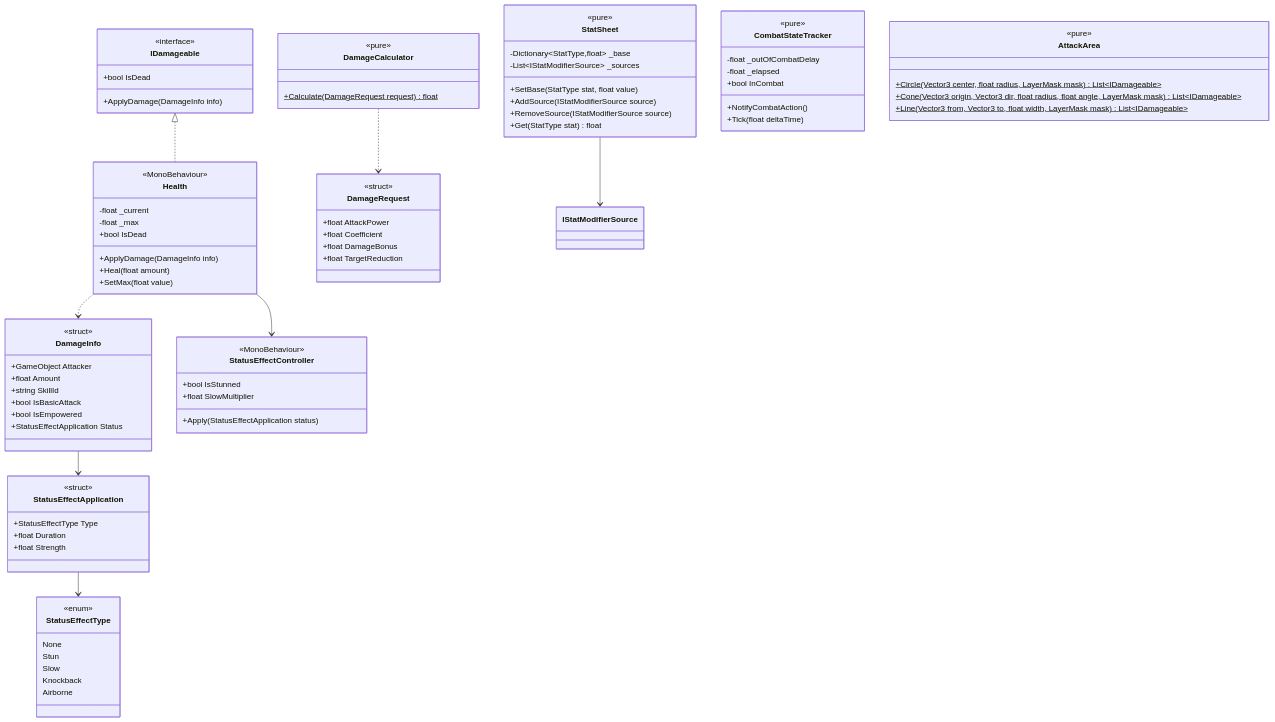
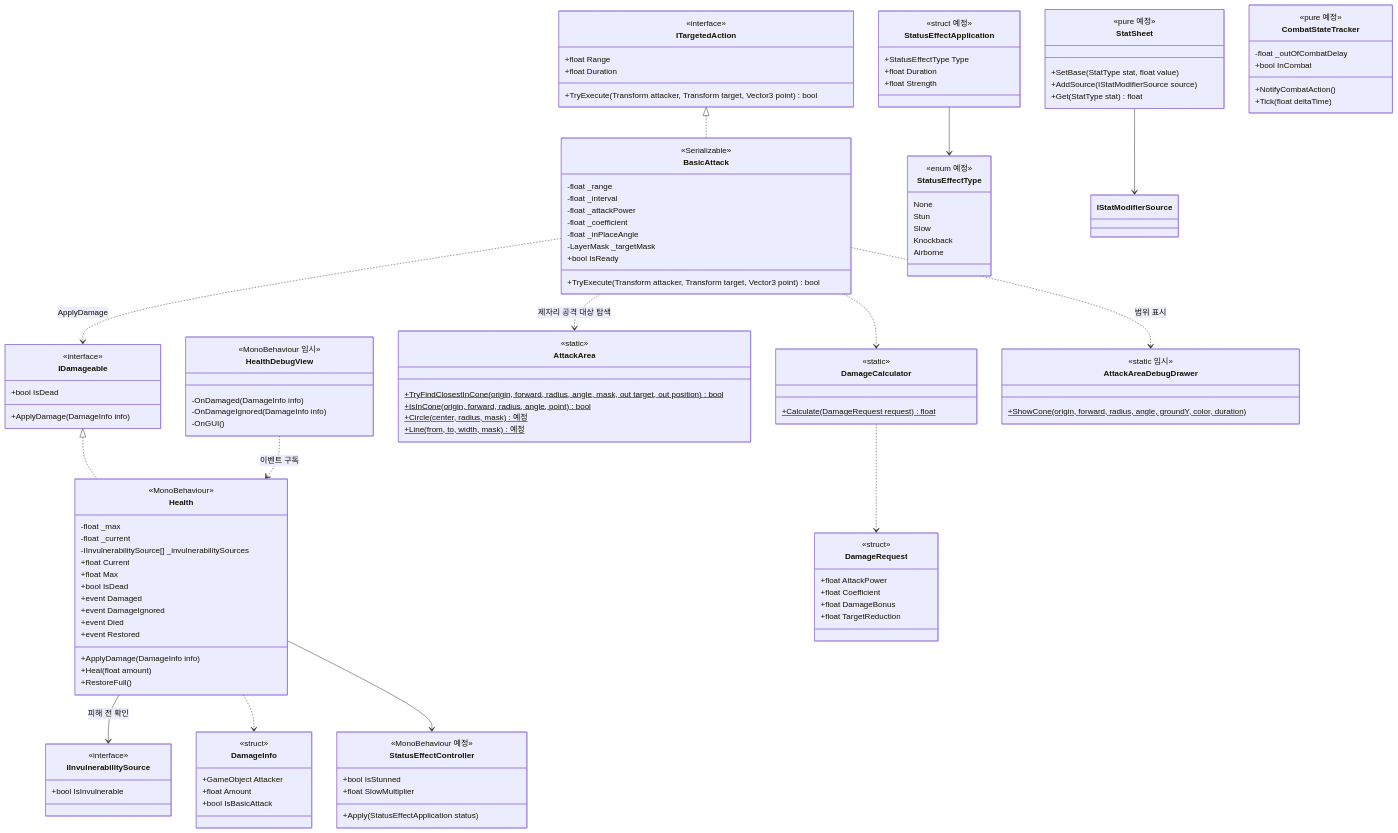
The fourth of 17 diagrams in Docs/ClassDiagram.md (lwy0810/BROKEN-SOVEREIGN), drawn with Mermaid before and after one commit. The commit also changed other lines of this file and 1 other file, not shown here.

First line of the commit message:
[Docs] 클래스 다이어그램 v0.3 및 조작 설명 갱신

````diff
--- a/Docs/ClassDiagram.md
+++ b/Docs/ClassDiagram.md
@@ -208,26 +262,34 @@
 classDiagram
     class IDamageable {
         <<interface>>
+        +bool IsDead
         +ApplyDamage(DamageInfo info)
-        +bool IsDead
     }
     class Health {
         <<MonoBehaviour>>
+        -float _max
         -float _current
-        -float _max
+        -IInvulnerabilitySource[] _invulnerabilitySources
+        +float Current
+        +float Max
+        +bool IsDead
         +ApplyDamage(DamageInfo info)
         +Heal(float amount)
-        +SetMax(float value)
-        +bool IsDead
+        +RestoreFull()
+        +event Damaged
+        +event DamageIgnored
+        +event Died
+        +event Restored
+    }
+    class IInvulnerabilitySource {
+        <<interface>>
+        +bool IsInvulnerable
     }
     class DamageInfo {
         <<struct>>
         +GameObject Attacker
         +float Amount
-        +string SkillId
         +bool IsBasicAttack
-        +bool IsEmpowered
-        +StatusEffectApplication Status
     }
     class DamageRequest {
         <<struct>>
@@ -237,32 +299,63 @@
         +float TargetReduction
     }
     class DamageCalculator {
-        <<pure>>
+        <<static>>
         +Calculate(DamageRequest request)$ float
     }
+    class ITargetedAction {
+        <<interface>>
+        +float Range
+        +float Duration
+        +TryExecute(Transform attacker, Transform target, Vector3 point) bool
+    }
+    class BasicAttack {
+        <<Serializable>>
+        -float _range
+        -float _interval
+        -float _attackPower
+        -float _coefficient
+        -float _inPlaceAngle
+        -LayerMask _targetMask
+        +bool IsReady
+        +TryExecute(Transform attacker, Transform target, Vector3 point) bool
+    }
+    class AttackArea {
+        <<static>>
+        +TryFindClosestInCone(origin, forward, radius, angle, mask, out target, out position)$ bool
+        +IsInCone(origin, forward, radius, angle, point)$ bool
+        +Circle(center, radius, mask)$ 예정
+        +Line(from, to, width, mask)$ 예정
+    }
+    class HealthDebugView {
+        <<MonoBehaviour 임시>>
+        -OnDamaged(DamageInfo info)
+        -OnDamageIgnored(DamageInfo info)
+        -OnGUI()
+    }
+    class AttackAreaDebugDrawer {
+        <<static 임시>>
+        +ShowCone(origin, forward, radius, angle, groundY, color, duration)$
+    }
     class StatSheet {
-        <<pure>>
-        -Dictionary~StatType,float~ _base
-        -List~IStatModifierSource~ _sources
+        <<pure 예정>>
         +SetBase(StatType stat, float value)
         +AddSource(IStatModifierSource source)
-        +RemoveSource(IStatModifierSource source)
         +Get(StatType stat) float
     }
     class StatusEffectController {
-        <<MonoBehaviour>>
+        <<MonoBehaviour 예정>>
         +Apply(StatusEffectApplication status)
         +bool IsStunned
         +float SlowMultiplier
     }
     class StatusEffectApplication {
-        <<struct>>
+        <<struct 예정>>
         +StatusEffectType Type
         +float Duration
         +float Strength
     }
     class StatusEffectType {
-        <<enum>>
+        <<enum 예정>>
         None
         Stun
         Slow
@@ -270,24 +363,23 @@
         Airborne
     }
     class CombatStateTracker {
-        <<pure>>
+        <<pure 예정>>
         -float _outOfCombatDelay
-        -float _elapsed
         +NotifyCombatAction()
         +Tick(float deltaTime)
         +bool InCombat
     }
-    class AttackArea {
-        <<pure>>
-        +Circle(Vector3 center, float radius, LayerMask mask)$ List~IDamageable~
-        +Cone(Vector3 origin, Vector3 dir, float radius, float angle, LayerMask mask)$ List~IDamageable~
-        +Line(Vector3 from, Vector3 to, float width, LayerMask mask)$ List~IDamageable~
-    }
     IDamageable <|.. Health
+    Health --> IInvulnerabilitySource : 피해 전 확인
     Health ..> DamageInfo
+    ITargetedAction <|.. BasicAttack
+    BasicAttack ..> AttackArea : 제자리 공격 대상 탐색
+    BasicAttack ..> DamageCalculator
+    BasicAttack ..> IDamageable : ApplyDamage
+    BasicAttack ..> AttackAreaDebugDrawer : 범위 표시
+    DamageCalculator ..> DamageRequest
+    HealthDebugView ..> Health : 이벤트 구독
     Health --> StatusEffectController
-    DamageInfo --> StatusEffectApplication
     StatusEffectApplication --> StatusEffectType
-    DamageCalculator ..> DamageRequest
     StatSheet --> IStatModifierSource
 ```
````
